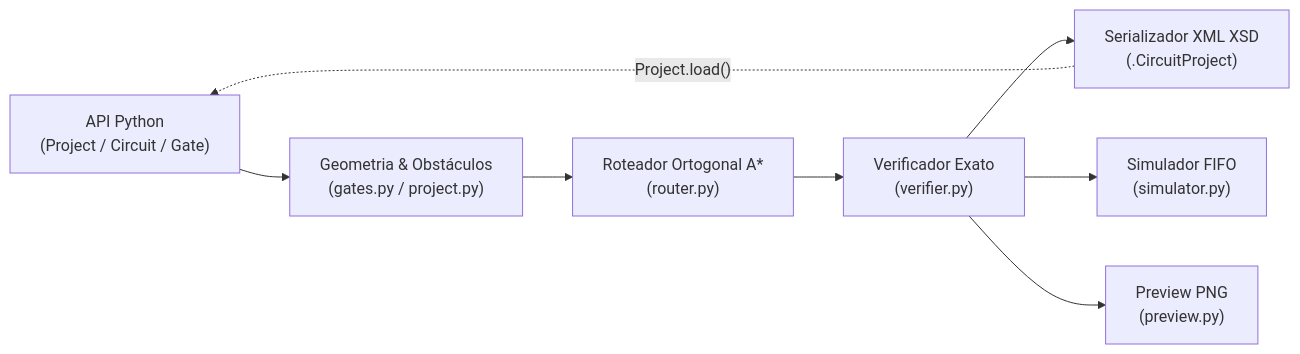
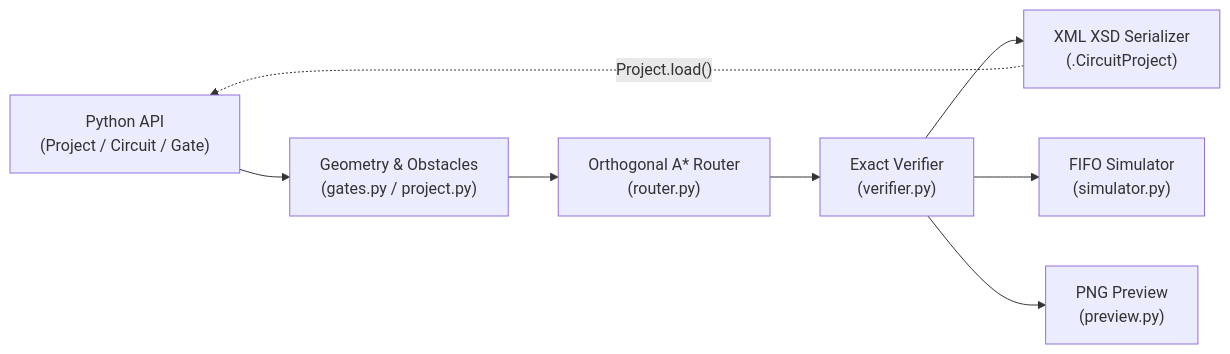
Before and after one commit to Kameil/pylogiccircuit: the first of 2 diagrams in docs/ARCHITECTURE.md, drawn with Mermaid. The commit also changed other lines of this file and 4 other files, not shown here.

````diff
--- a/docs/ARCHITECTURE.md
+++ b/docs/ARCHITECTURE.md
@@ -9,10 +9,10 @@
 ```mermaid
 flowchart LR
-    A["API Python<br/>(Project / Circuit / Gate)"] --> B["Geometria & Obstáculos<br/>(gates.py / project.py)"]
-    B --> C["Roteador Ortogonal A*<br/>(router.py)"]
-    C --> D["Verificador Exato<br/>(verifier.py)"]
-    D --> E["Serializador XML XSD<br/>(.CircuitProject)"]
-    D --> F["Simulador FIFO<br/>(simulator.py)"]
-    D --> G["Preview PNG<br/>(preview.py)"]
+    A["Python API<br/>(Project / Circuit / Gate)"] --> B["Geometry & Obstacles<br/>(gates.py / project.py)"]
+    B --> C["Orthogonal A* Router<br/>(router.py)"]
+    C --> D["Exact Verifier<br/>(verifier.py)"]
+    D --> E["XML XSD Serializer<br/>(.CircuitProject)"]
+    D --> F["FIFO Simulator<br/>(simulator.py)"]
+    D --> G["PNG Preview<br/>(preview.py)"]
     E -. "Project.load()" .-> A
 ```
````
